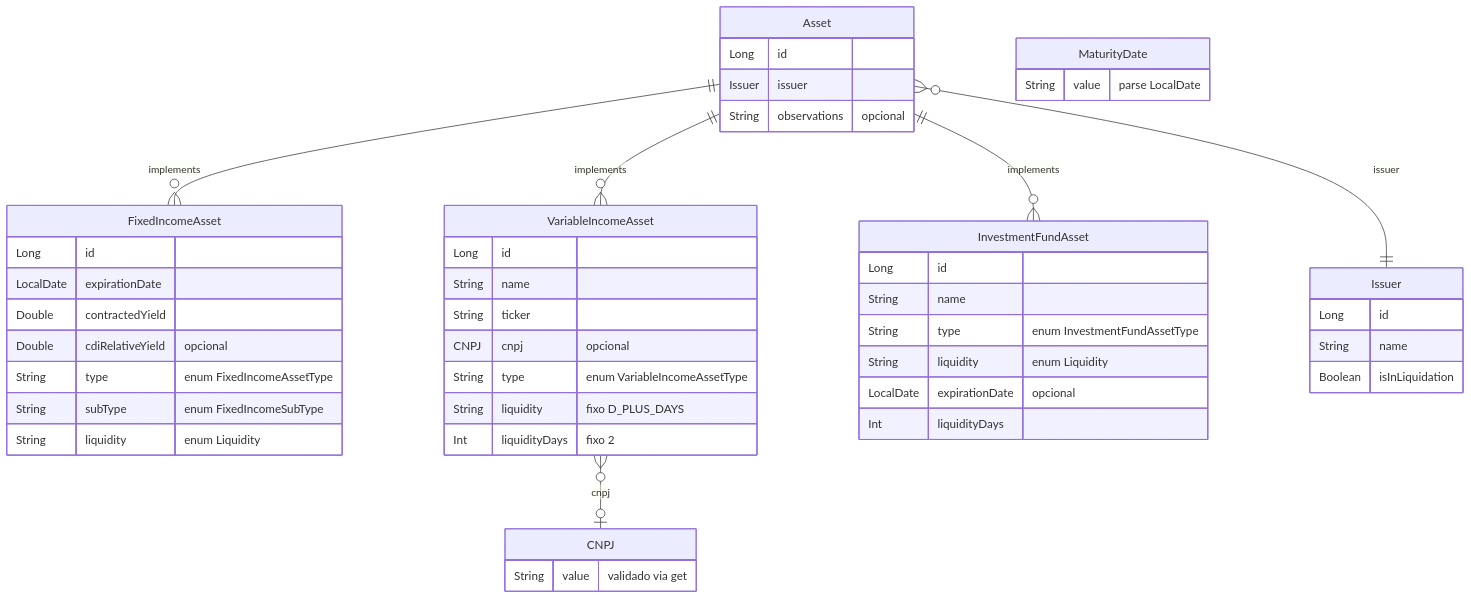
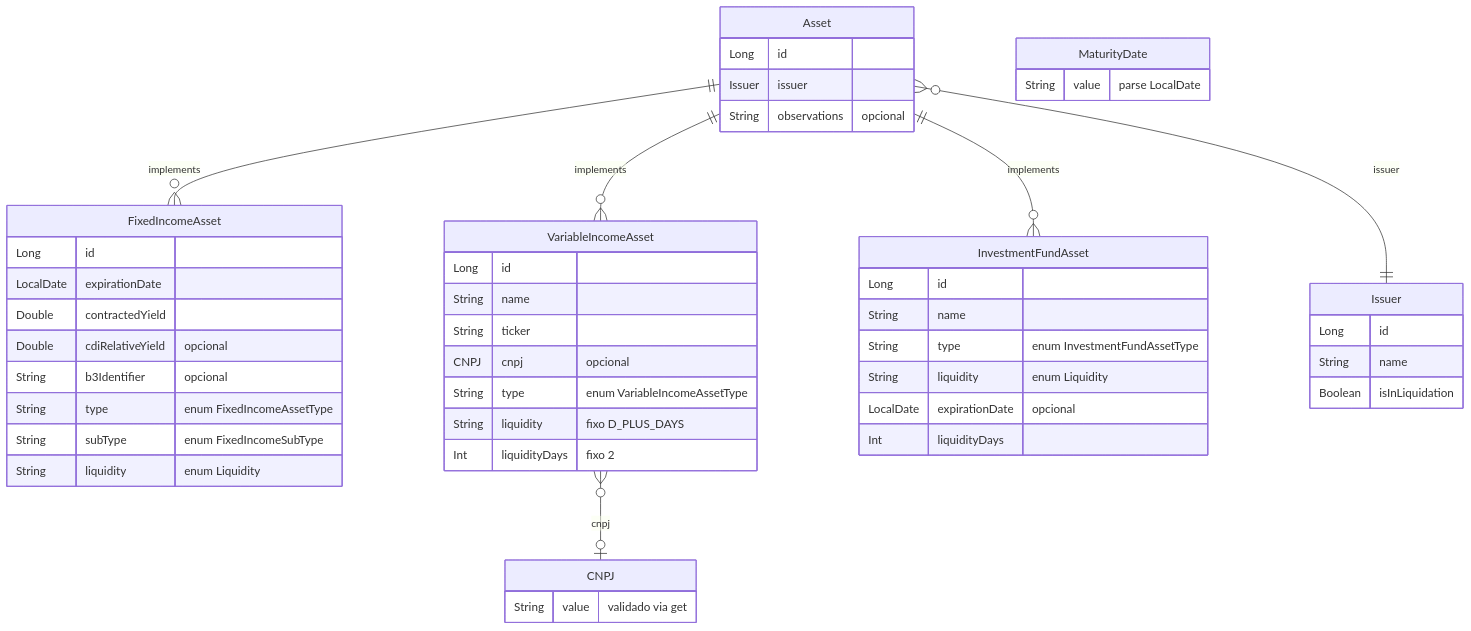
The first of 5 diagrams in core/domain/entity/docs/DOMAIN.md (enirsilvaferraz/Investments-KMP), drawn with Mermaid before and after one commit. The commit also changed other lines of this file and 30 other files, not shown here.

````diff
--- a/core/domain/entity/docs/DOMAIN.md
+++ b/core/domain/entity/docs/DOMAIN.md
@@ -109,50 +110,51 @@
 ```mermaid
 erDiagram
     Asset {
         Long id
         Issuer issuer
         String observations "opcional"
     }
     FixedIncomeAsset {
         Long id
         LocalDate expirationDate
         Double contractedYield
         Double cdiRelativeYield "opcional"
+        String b3Identifier "opcional"
         String type "enum FixedIncomeAssetType"
         String subType "enum FixedIncomeSubType"
         String liquidity "enum Liquidity"
     }
     VariableIncomeAsset {
         Long id
         String name
         String ticker
         CNPJ cnpj "opcional"
         String type "enum VariableIncomeAssetType"
         String liquidity "fixo D_PLUS_DAYS"
         Int liquidityDays "fixo 2"
     }
     InvestmentFundAsset {
         Long id
         String name
         String type "enum InvestmentFundAssetType"
         String liquidity "enum Liquidity"
         LocalDate expirationDate "opcional"
         Int liquidityDays
     }
     Issuer {
         Long id
         String name
         Boolean isInLiquidation
     }
     CNPJ {
         String value "validado via get"
     }
     MaturityDate {
         String value "parse LocalDate"
     }
     Asset ||--o{ FixedIncomeAsset : "implements"
     Asset ||--o{ VariableIncomeAsset : "implements"
     Asset ||--o{ InvestmentFundAsset : "implements"
     Asset }o--|| Issuer : "issuer"
     VariableIncomeAsset }o--o| CNPJ : "cnpj"
 ```
````
